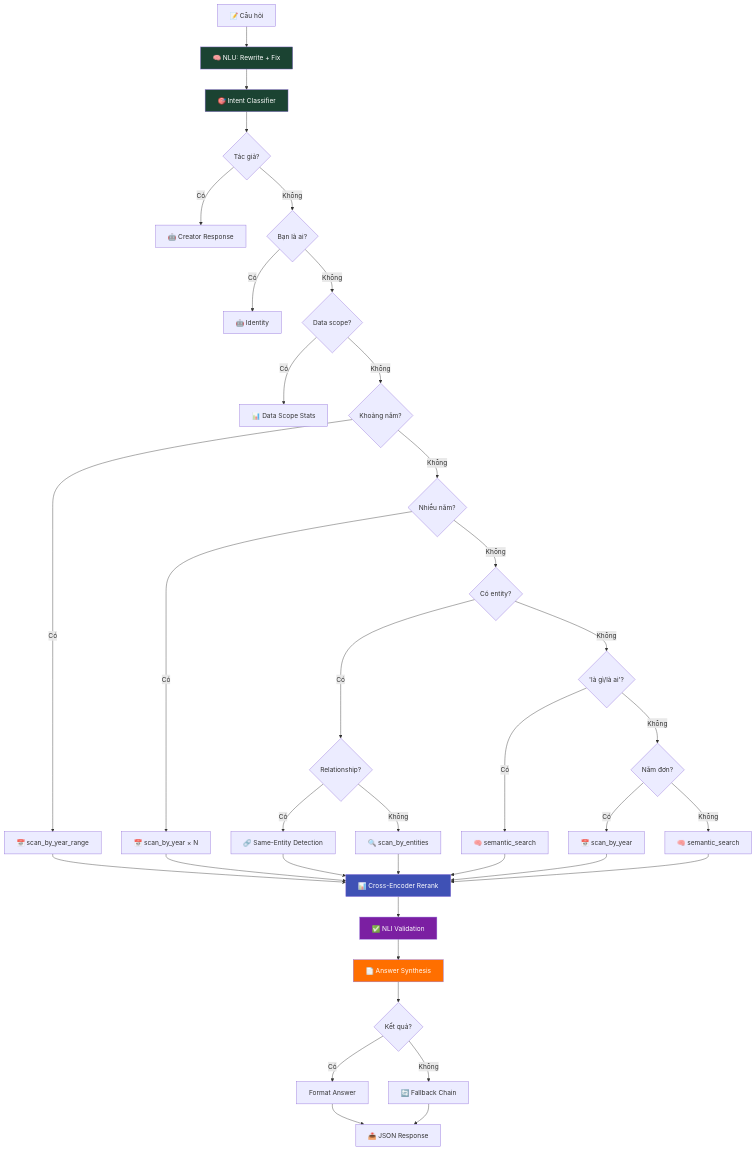
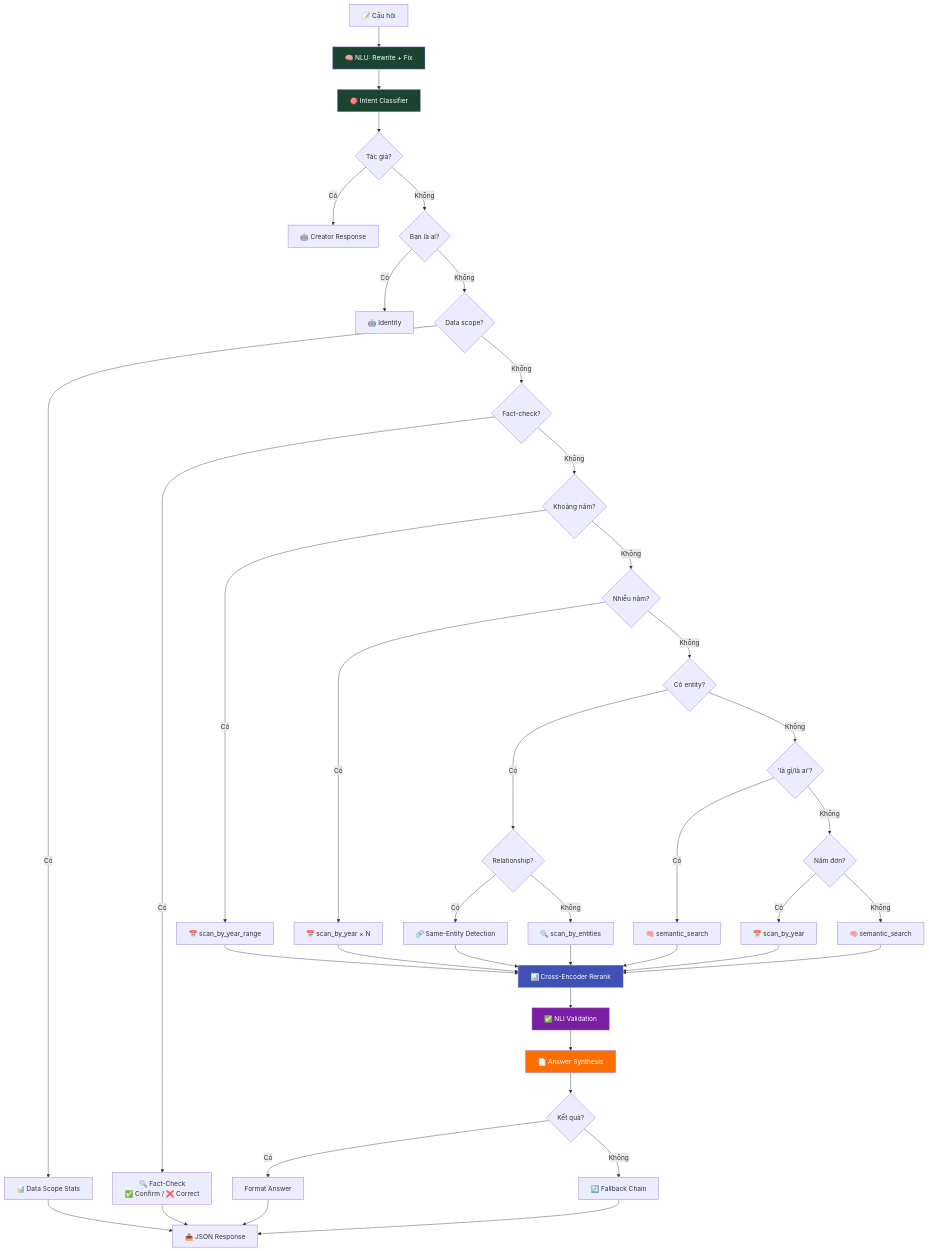
The third of 3 diagrams in README.md (HistoryMindAI/vietnam_history_dataset), drawn with Mermaid before and after one commit. The commit also changed other lines of this file and 15 other files, not shown here.

````diff
--- a/README.md
+++ b/README.md
@@ -183,39 +186,43 @@
 ```mermaid
 flowchart TD
     INPUT["📝 Câu hỏi"] --> NLU["🧠 NLU: Rewrite + Fix"]
     NLU --> INTENT["🎯 Intent Classifier"]
     INTENT --> CREATOR{"Tác giả?"}
     CREATOR -- Có --> CR["🤖 Creator Response"]
     CREATOR -- Không --> IDENTITY{"Bạn là ai?"}
     IDENTITY -- Có --> ID["🤖 Identity"]
     IDENTITY -- Không --> SCOPE{"Data scope?"}
     SCOPE -- Có --> DS["📊 Data Scope Stats"]
-    SCOPE -- Không --> YEAR_RANGE{"Khoảng năm?"}
+    SCOPE -- Không --> FACTCHECK{"Fact-check?"}
+    FACTCHECK -- Có --> FC["🔍 Fact-Check\n✅ Confirm / ❌ Correct"]
+    FACTCHECK -- Không --> YEAR_RANGE{"Khoảng năm?"}
     YEAR_RANGE -- Có --> YR["📅 scan_by_year_range"]
     YEAR_RANGE -- Không --> MULTI_YEAR{"Nhiều năm?"}
     MULTI_YEAR -- Có --> MY["📅 scan_by_year × N"]
     MULTI_YEAR -- Không --> ENTITY{"Có entity?"}
     ENTITY -- Có --> SAME_CHECK{"Relationship?"}
     SAME_CHECK -- Có --> SAME["🔗 Same-Entity Detection"]
     SAME_CHECK -- Không --> ME["🔍 scan_by_entities"]
     ENTITY -- Không --> DEF{"'là gì/là ai'?"}
     DEF -- Có --> SEM1["🧠 semantic_search"]
     DEF -- Không --> SINGLE{"Năm đơn?"}
     SINGLE -- Có --> SY["📅 scan_by_year"]
     SINGLE -- Không --> SEM2["🧠 semantic_search"]
 
     SAME & ME & YR & MY & SEM1 & SY & SEM2 --> RERANK["📊 Cross-Encoder Rerank"]
     RERANK --> NLICHECK["✅ NLI Validation"]
     NLICHECK --> SYNTH["📄 Answer Synthesis"]
     SYNTH --> RESULT{"Kết quả?"}
     RESULT -- Có --> FORMAT["Format Answer"]
     RESULT -- Không --> FALLBACK["🔄 Fallback Chain"]
     FORMAT --> OUTPUT["📤 JSON Response"]
     FALLBACK --> OUTPUT
+    FC --> OUTPUT
+    DS --> OUTPUT
 
     style NLU fill:#1b4332,color:#fff
     style INTENT fill:#1b4332,color:#fff
     style RERANK fill:#3F51B5,color:#fff
     style NLICHECK fill:#7B1FA2,color:#fff
     style SYNTH fill:#FF6F00,color:#fff
 ```
````
